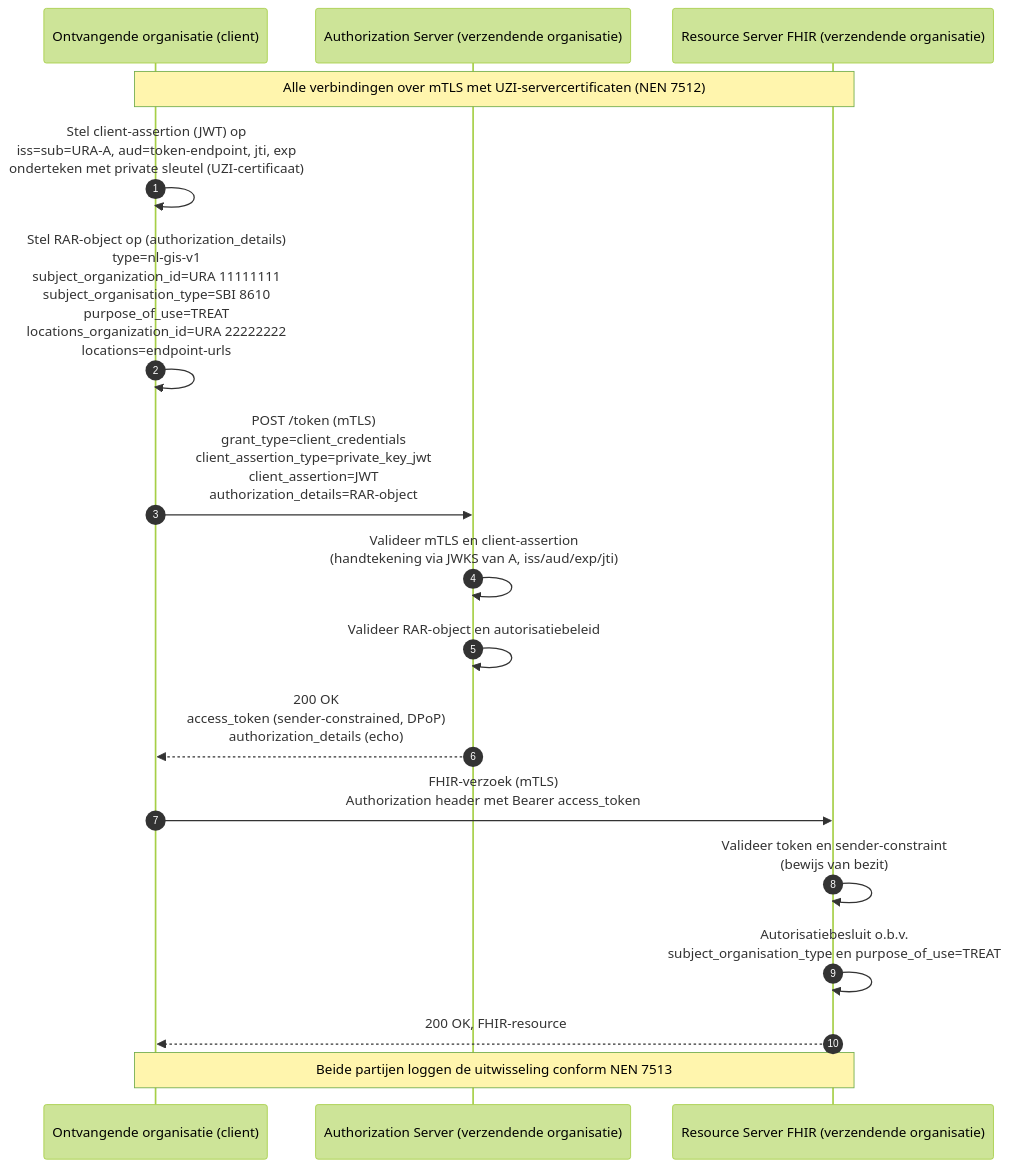
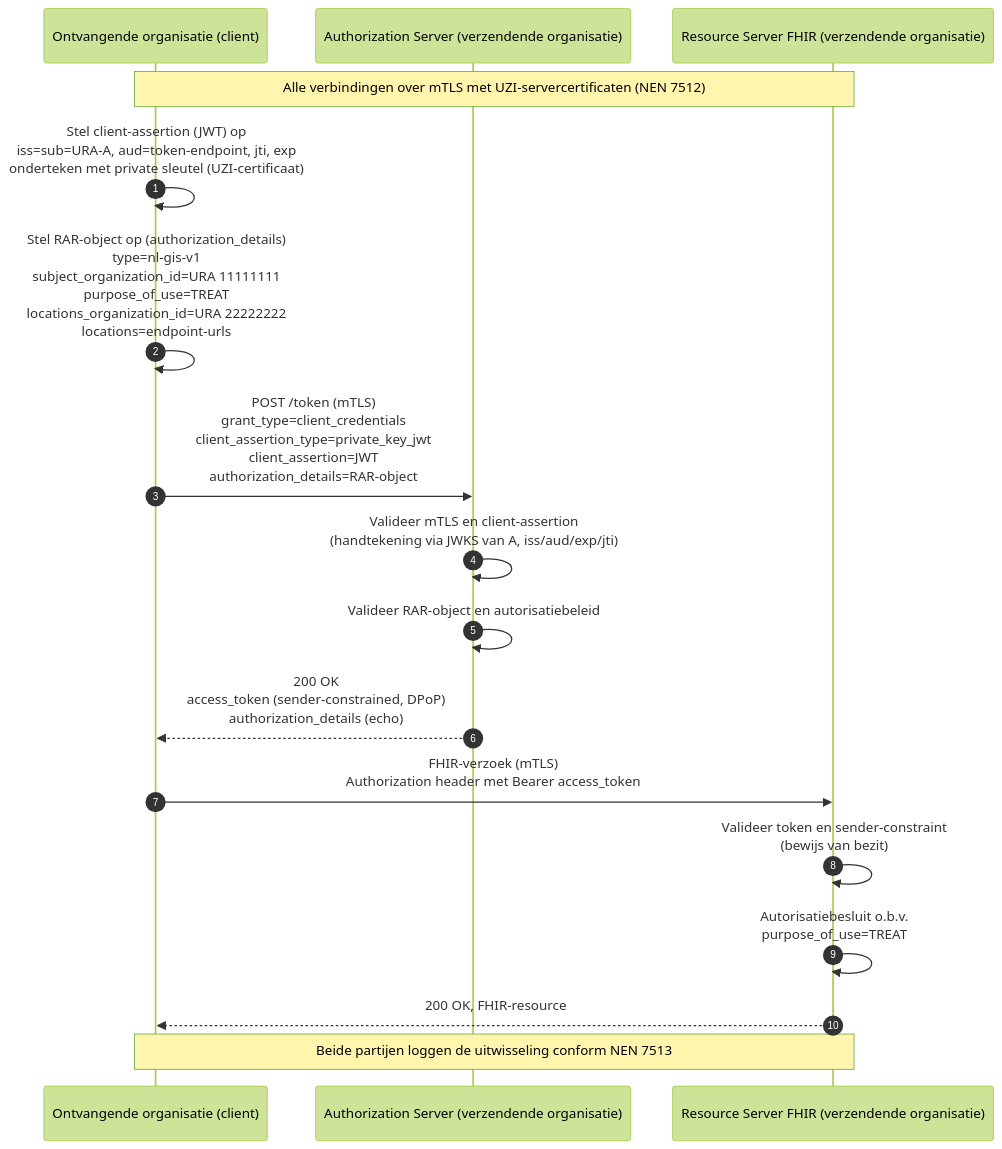
Before and after one commit to caspervanderharst/GISA: the diagram in notitie-v2.md, drawn with Mermaid (forest theme). The commit also changed other lines of this file and 3 other files, not shown here.

````diff
--- a/notitie-v2.md
+++ b/notitie-v2.md
@@ -335,24 +336,24 @@
 ```mermaid
 sequenceDiagram
     autonumber
     participant A as Ontvangende organisatie (client)
     participant AS as Authorization Server (verzendende organisatie)
     participant RS as Resource Server FHIR (verzendende organisatie)
 
     Note over A,RS: Alle verbindingen over mTLS met UZI-servercertificaten (NEN 7512)
 
     A->>A: Stel client-assertion (JWT) op<br/>iss=sub=URA-A, aud=token-endpoint, jti, exp<br/>onderteken met private sleutel (UZI-certificaat)
-    A->>A: Stel RAR-object op (authorization_details)<br/>type=nl-gis-v1<br/>subject_organization_id=URA 11111111<br/>subject_organisation_type=SBI 8610<br/>purpose_of_use=TREAT<br/>locations_organization_id=URA 22222222<br/>locations=endpoint-urls
+     A->>A: Stel RAR-object op (authorization_details)<br/>type=nl-gis-v1<br/>subject_organization_id=URA 11111111<br/>purpose_of_use=TREAT<br/>locations_organization_id=URA 22222222<br/>locations=endpoint-urls
 
     A->>AS: POST /token (mTLS)<br/>grant_type=client_credentials<br/>client_assertion_type=private_key_jwt<br/>client_assertion=JWT<br/>authorization_details=RAR-object
     AS->>AS: Valideer mTLS en client-assertion<br/>(handtekening via JWKS van A, iss/aud/exp/jti)
     AS->>AS: Valideer RAR-object en autorisatiebeleid
     AS-->>A: 200 OK<br/>access_token (sender-constrained, DPoP)<br/>authorization_details (echo)
 
     A->>RS: FHIR-verzoek (mTLS)<br/>Authorization header met Bearer access_token
     RS->>RS: Valideer token en sender-constraint<br/>(bewijs van bezit)
-    RS->>RS: Autorisatiebesluit o.b.v.<br/>subject_organisation_type en purpose_of_use=TREAT
+    RS->>RS: Autorisatiebesluit o.b.v.<br/>purpose_of_use=TREAT
     RS-->>A: 200 OK, FHIR-resource
 
     Note over A,RS: Beide partijen loggen de uitwisseling conform NEN 7513
 ```
````
